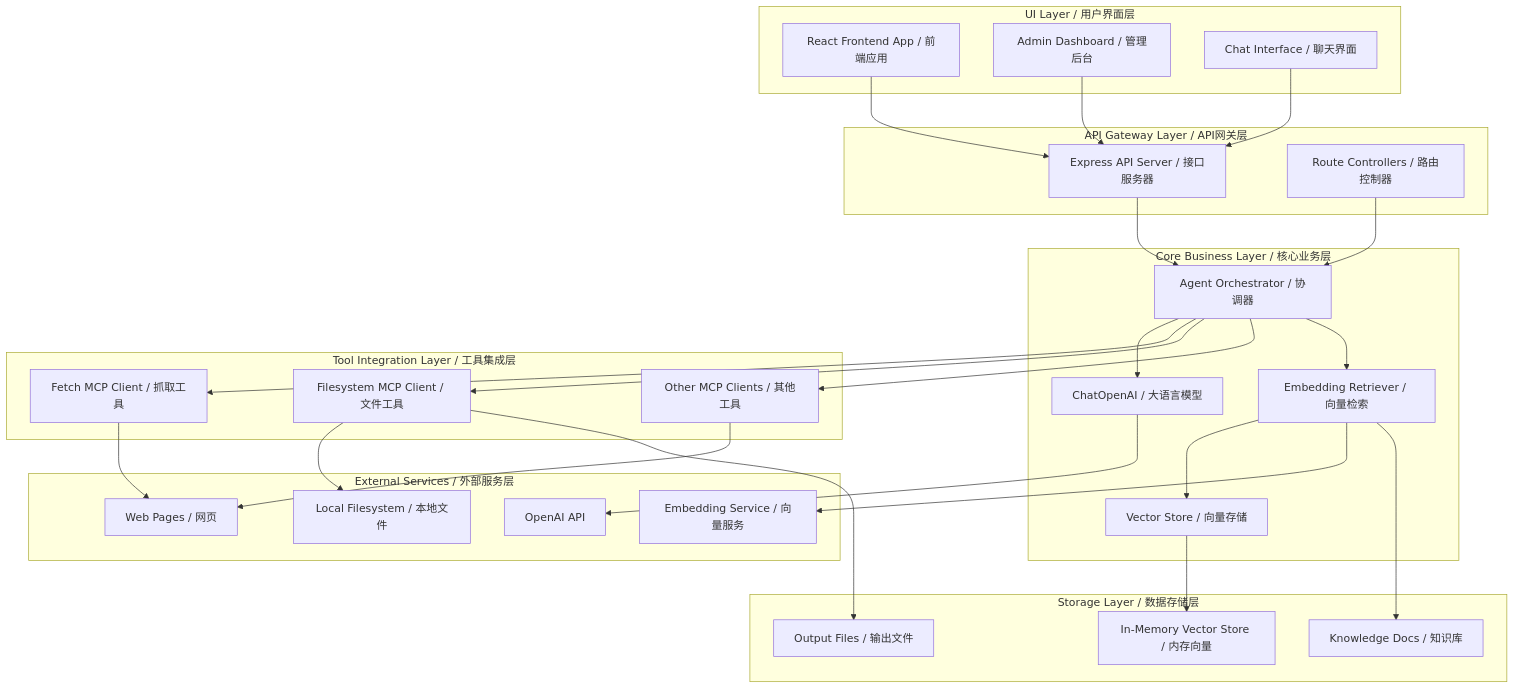
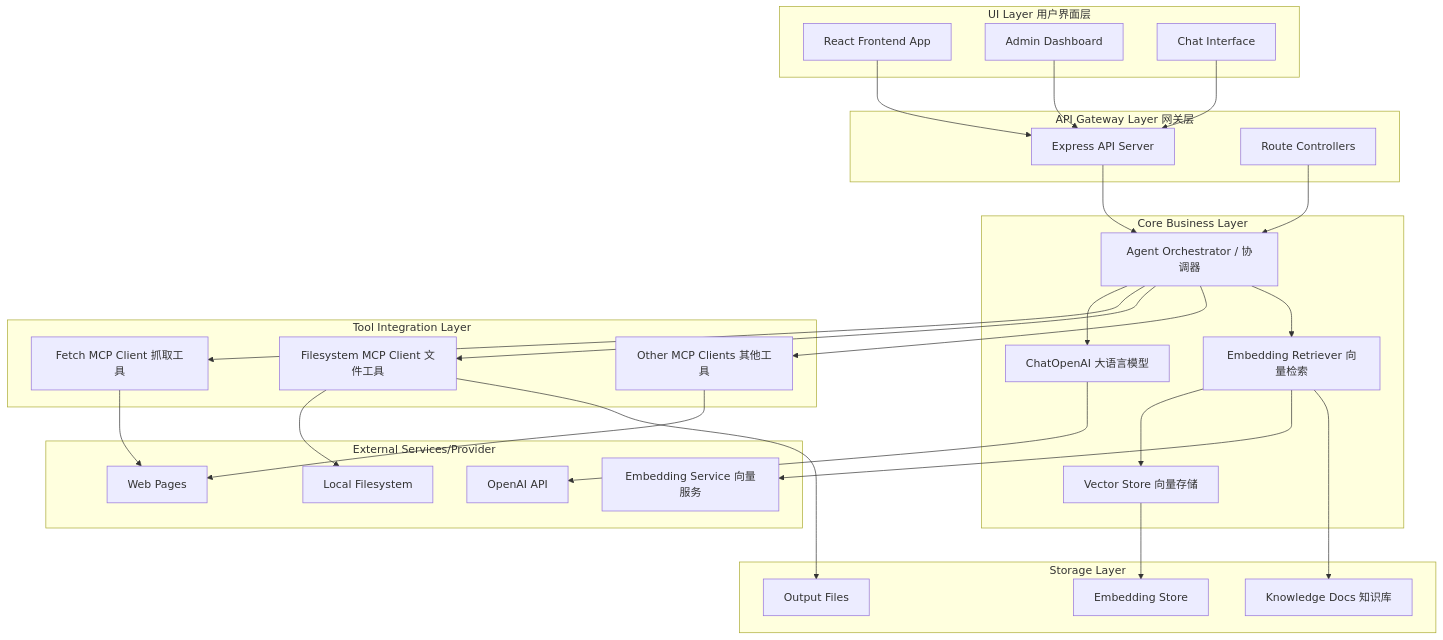
The first of 6 diagrams in README.md (NEDONION/llm-mcp-rag-typescript), drawn with Mermaid before and after one commit. The commit also changed other lines of this file, not shown here.

Commit message:
doc: updated system graph

````diff
--- a/README.md
+++ b/README.md
@@ -24,60 +24,60 @@
 ```mermaid
 graph TB
-    subgraph "UI Layer / 用户界面层"
-        UI[React Frontend App / 前端应用]
-        Admin[Admin Dashboard / 管理后台]
-        Chat[Chat Interface / 聊天界面]
+    subgraph "UI Layer 用户界面层"
+        UI[React Frontend App ]
+        Admin[Admin Dashboard]
+        Chat[Chat Interface]
     end
 
-    subgraph "API Gateway Layer / API网关层"
-        API[Express API Server / 接口服务器]
-        Routes[Route Controllers / 路由控制器]
+    subgraph "API Gateway Layer 网关层"
+        API[Express API Server]
+        Routes[Route Controllers]
     end
 
-    subgraph "Core Business Layer / 核心业务层"
+    subgraph "Core Business Layer"
         Agent[Agent Orchestrator / 协调器]
-        LLM[ChatOpenAI / 大语言模型]
-        RAG[Embedding Retriever / 向量检索]
-        VectorStore[Vector Store / 向量存储]
+        LLM[ChatOpenAI 大语言模型]
+        RAG[Embedding Retriever 向量检索]
+        VectorStore[Vector Store 向量存储]
     end
 
-    subgraph "Tool Integration Layer / 工具集成层"
-        MCP1[Fetch MCP Client / 抓取工具]
-        MCP2[Filesystem MCP Client / 文件工具]
-        MCP3[Other MCP Clients / 其他工具]
+    subgraph "Tool Integration Layer"
+        MCP1[Fetch MCP Client 抓取工具]
+        MCP2[Filesystem MCP Client 文件工具]
+        MCP3[Other MCP Clients 其他工具]
     end
 
-    subgraph "External Services / 外部服务层"
+    subgraph "External Services/Provider"
         OpenAI[OpenAI API]
-        EmbeddingAPI[Embedding Service / 向量服务]
-        Web[Web Pages / 网页]
-        FileSystem[Local Filesystem / 本地文件]
+        EmbeddingAPI[Embedding Service 向量服务]
+        Web[Web Pages]
+        FileSystem[Local Filesystem]
     end
 
-    subgraph "Storage Layer / 数据存储层"
-        Knowledge[Knowledge Docs / 知识库]
-        Output[Output Files / 输出文件]
-        Memory[In-Memory Vector Store / 内存向量]
+    subgraph "Storage Layer"
+        Knowledge[Knowledge Docs 知识库]
+        Output[Output Files]
+        Embedding[Embedding Store]
     end
 
 %% Connections
     UI --> API
     Admin --> API
     Chat --> API
     API --> Agent
     Routes --> Agent
     Agent --> LLM
     Agent --> MCP1
     Agent --> MCP2
     Agent --> MCP3
     Agent --> RAG
     RAG --> VectorStore
     RAG --> EmbeddingAPI
     MCP1 --> Web
     MCP2 --> FileSystem
     MCP3 --> Web
     LLM --> OpenAI
     RAG --> Knowledge
-    VectorStore --> Memory
+    VectorStore --> Embedding
     MCP2 --> Output
 ```
````
